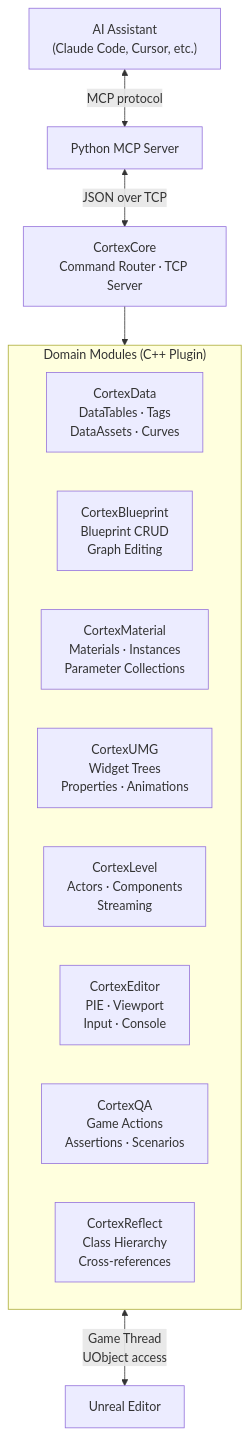
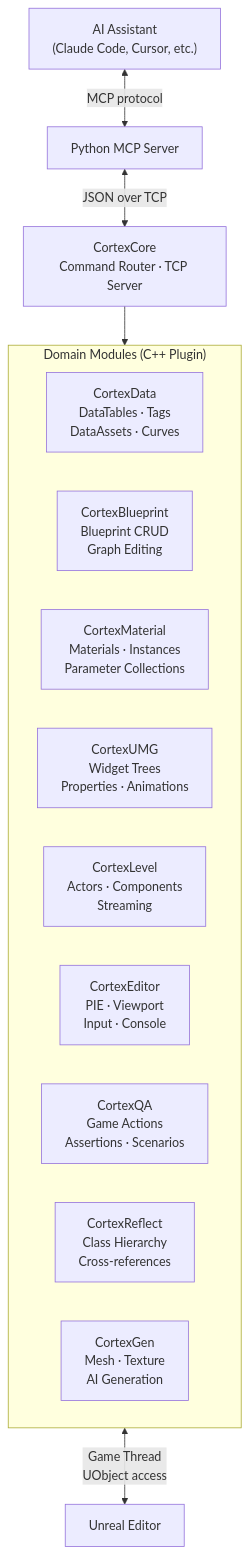
One commit to etelyatn/UnrealCortex changed the diagram in README.md. Above: the diagram before and after it, drawn with Mermaid. The commit also changed other lines of this file, not shown here.

First line of the commit message:
docs(readme): add CortexGen to README — module count, accordion, diagram, deps table

````diff
--- a/README.md
+++ b/README.md
@@ -172,25 +195,26 @@
 ```mermaid
 flowchart TB
     AI["AI Assistant<br/>(Claude Code, Cursor, etc.)"]
     MCP["Python MCP Server"]
     Core["CortexCore<br/>Command Router · TCP Server"]
 
     subgraph Modules["Domain Modules (C++ Plugin)"]
         direction LR
         Data["CortexData<br/>DataTables · Tags<br/>DataAssets · Curves"]
         BP["CortexBlueprint<br/>Blueprint CRUD<br/>Graph Editing"]
         Mat["CortexMaterial<br/>Materials · Instances<br/>Parameter Collections"]
         UMG["CortexUMG<br/>Widget Trees<br/>Properties · Animations"]
         Level["CortexLevel<br/>Actors · Components<br/>Streaming"]
         Editor["CortexEditor<br/>PIE · Viewport<br/>Input · Console"]
         QA["CortexQA<br/>Game Actions<br/>Assertions · Scenarios"]
         Reflect["CortexReflect<br/>Class Hierarchy<br/>Cross-references"]
+        Gen["CortexGen<br/>Mesh · Texture<br/>AI Generation"]
     end
 
     UE["Unreal Editor"]
 
     AI <-- "MCP protocol" --> MCP
     MCP <-- "JSON over TCP" --> Core
     Core --> Modules
     Modules <-- "Game Thread<br/>UObject access" --> UE
 ```
````
